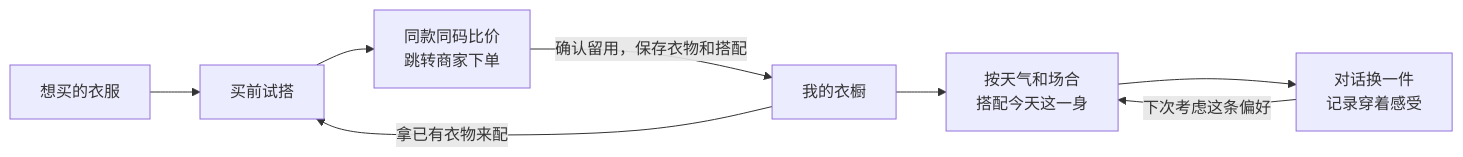
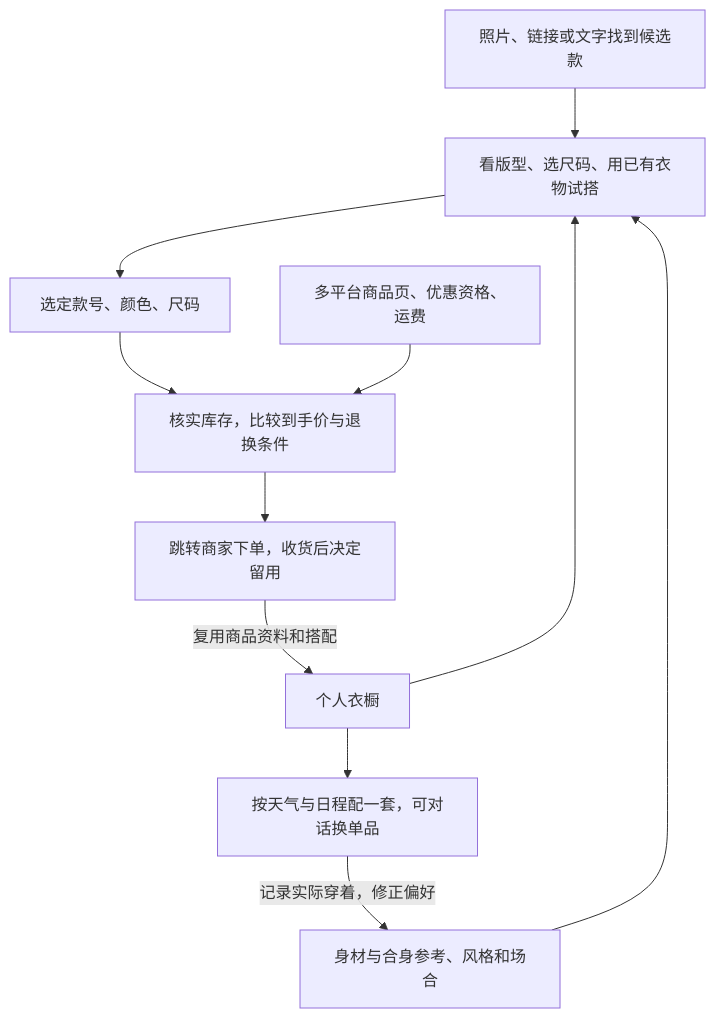
One commit to MXH814/DressWell changed the diagram in README.md. Above: the diagram before and after it, drawn with Mermaid. The commit also changed other lines of this file, not shown here.

````diff
--- a/README.md
+++ b/README.md
@@ -30,10 +39,13 @@
 ```mermaid
-flowchart LR
-    A["想买的衣服"] --> B["买前试搭"]
-    W["我的衣橱"] -->|"拿已有衣物来配"| B
-    B --> C["同款同码比价<br/>跳转商家下单"]
-    C -->|"确认留用，保存衣物和搭配"| W
-    W --> F["按天气和场合<br/>搭配今天这一身"]
-    F --> G["对话换一件<br/>记录穿着感受"]
-    G -->|"下次考虑这条偏好"| F
+flowchart TD
+    I["照片、链接或文字找到候选款"] --> F["看版型、选尺码、用已有衣物试搭"]
+    P["身材与合身参考、风格和场合"] --> F
+    W["个人衣橱"] --> F
+    F --> S["选定款号、颜色、尺码"]
+    S --> C["核实库存，比较到手价与退换条件"]
+    Q["多平台商品页、优惠资格、运费"] --> C
+    C --> B["跳转商家下单，收货后决定留用"]
+    B -->|"复用商品资料和搭配"| W
+    W --> D["按天气与日程配一套，可对话换单品"]
+    D -->|"记录实际穿着，修正偏好"| P
 ```
````
